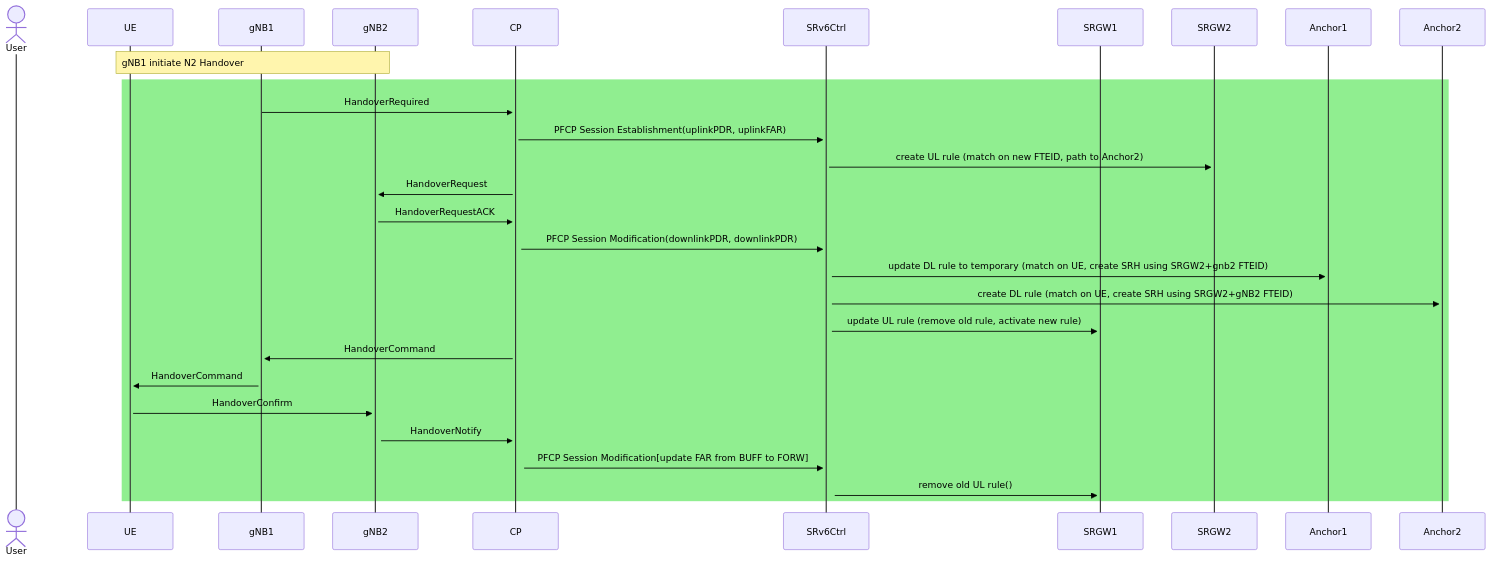
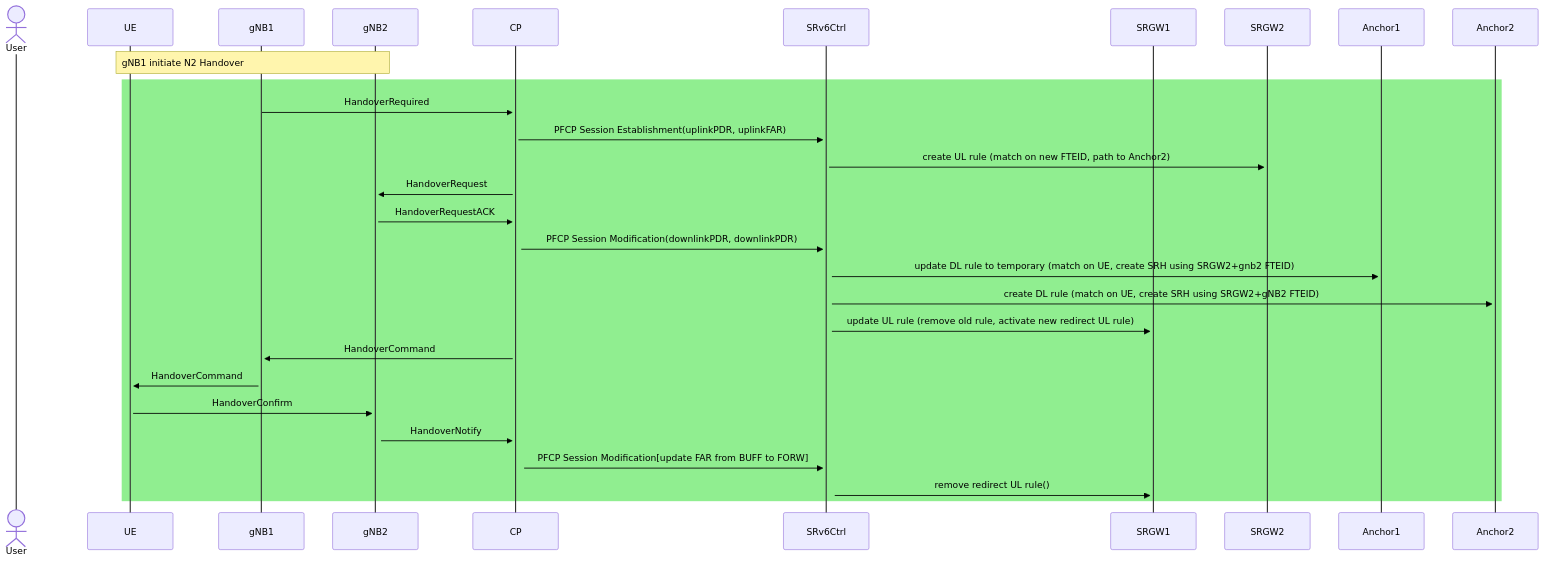
Before and after one commit to nextmn/testbed: the fifth of 5 diagrams in doc/nextmn-lite.md, drawn with Mermaid.

Commit message:
Update doc/nextmn-lite

````diff
--- a/doc/nextmn-lite.md
+++ b/doc/nextmn-lite.md
@@ -153,33 +153,33 @@
 ```mermaid
 %%{init: { 'sequence': {'noteAlign': 'left'} , 'themeVariables':{'actorLineColor': '#333333', 'signalColor': '#000000', 'signalTextColor':'#000000'} }}%%
 sequenceDiagram
 actor User
 participant UE
 participant gNB1
 participant gNB2
 participant CP
 participant SRv6Ctrl
 participant SRGW1
 participant SRGW2
 participant Anchor1
 participant Anchor2
 
 note over UE, gNB2: gNB1 initiate N2 Handover
 rect LightGreen
     gNB1->>+CP: HandoverRequired
     CP->>+SRv6Ctrl: PFCP Session Establishment(uplinkPDR, uplinkFAR)
     SRv6Ctrl->>+SRGW2: create UL rule (match on new FTEID, path to Anchor2)
     CP->>+gNB2: HandoverRequest
     gNB2->>+CP: HandoverRequestACK
     CP->>+SRv6Ctrl: PFCP Session Modification(downlinkPDR, downlinkPDR)
     SRv6Ctrl->>+Anchor1: update DL rule to temporary (match on UE, create SRH using SRGW2+gnb2 FTEID)
     SRv6Ctrl->>+Anchor2: create DL rule (match on UE, create SRH using SRGW2+gNB2 FTEID)
-    SRv6Ctrl->>+SRGW1: update UL rule (remove old rule, activate new rule)
+    SRv6Ctrl->>+SRGW1: update UL rule (remove old rule, activate new redirect UL rule)
     CP->>+gNB1: HandoverCommand
     gNB1->>+UE: HandoverCommand
     UE->>+gNB2: HandoverConfirm
     gNB2->>+CP: HandoverNotify
     CP->>+SRv6Ctrl: PFCP Session Modification[update FAR from BUFF to FORW]
-    SRv6Ctrl->>+SRGW1: remove old UL rule()
+    SRv6Ctrl->>+SRGW1: remove redirect UL rule()
 end
 ```
````
